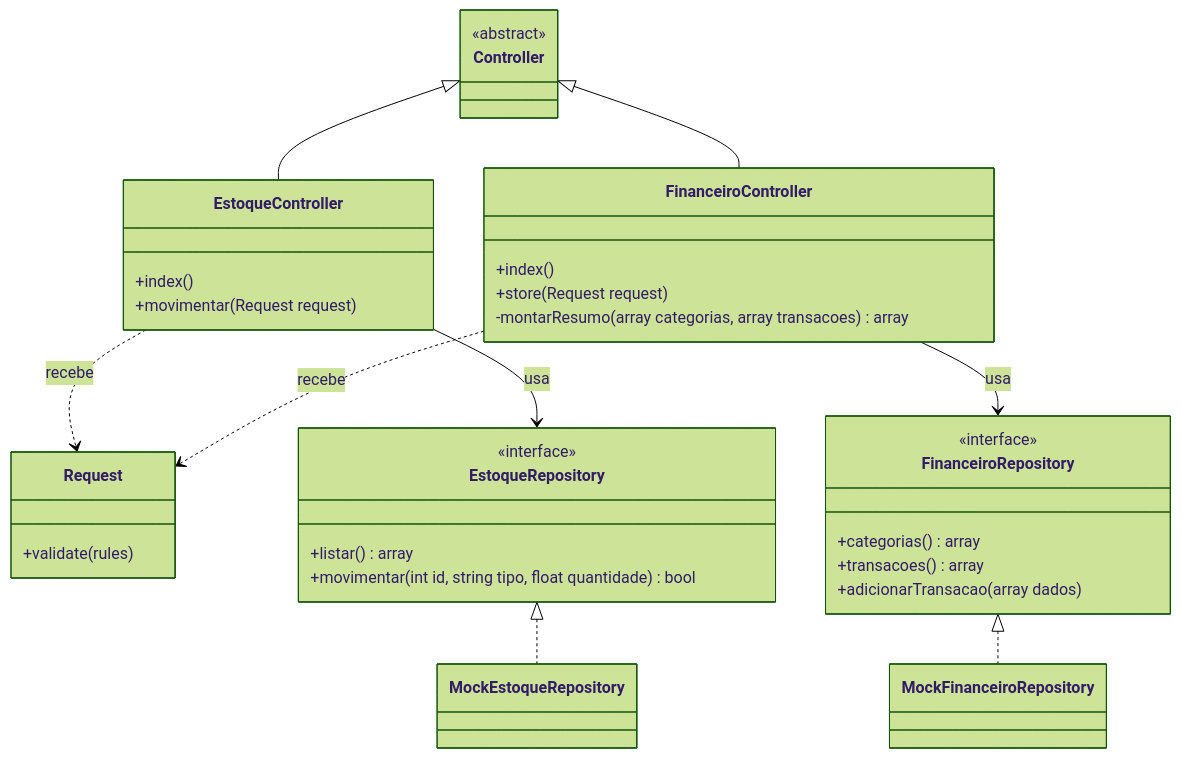
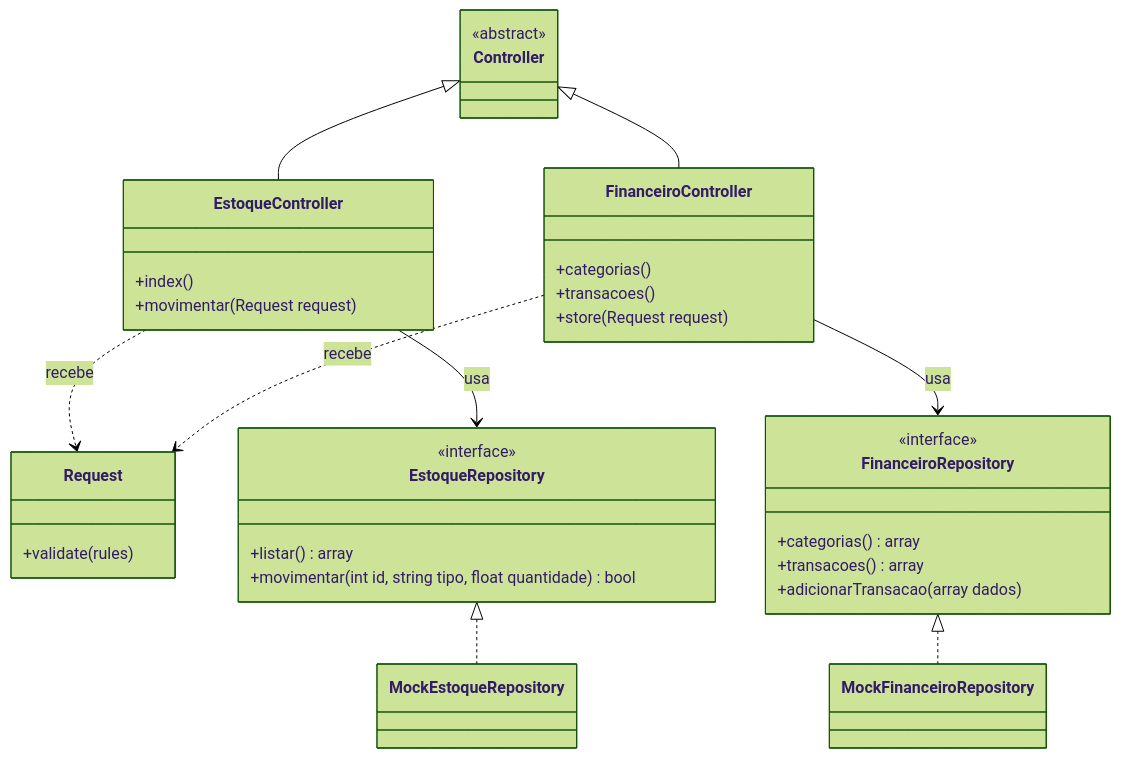
One commit to FontanaLeo/acougue-manager changed the third of 3 diagrams in COMO-INICIAR.md. Above: the diagram before and after it, drawn with Mermaid (forest theme). The commit also changed other lines of this file and 65 other files, not shown here.

````diff
--- a/COMO-INICIAR.md
+++ b/COMO-INICIAR.md
@@ -109,46 +109,46 @@
 ```mermaid
 classDiagram
     class Controller {
         <<abstract>>
     }
 
     class EstoqueController {
         +index()
         +movimentar(Request request)
     }
 
     class FinanceiroController {
-        +index()
+        +categorias()
+        +transacoes()
         +store(Request request)
-        -montarResumo(array categorias, array transacoes) array
     }
 
     class Request {
         +validate(rules)
     }
 
     class EstoqueRepository {
         <<interface>>
         +listar() array
         +movimentar(int id, string tipo, float quantidade) bool
     }
 
     class FinanceiroRepository {
         <<interface>>
         +categorias() array
         +transacoes() array
         +adicionarTransacao(array dados)
     }
 
     class MockEstoqueRepository
     class MockFinanceiroRepository
 
     Controller <|-- EstoqueController
     Controller <|-- FinanceiroController
     EstoqueController ..> Request : recebe
     FinanceiroController ..> Request : recebe
     EstoqueController --> EstoqueRepository : usa
     FinanceiroController --> FinanceiroRepository : usa
     EstoqueRepository <|.. MockEstoqueRepository
     FinanceiroRepository <|.. MockFinanceiroRepository
 ```
````
